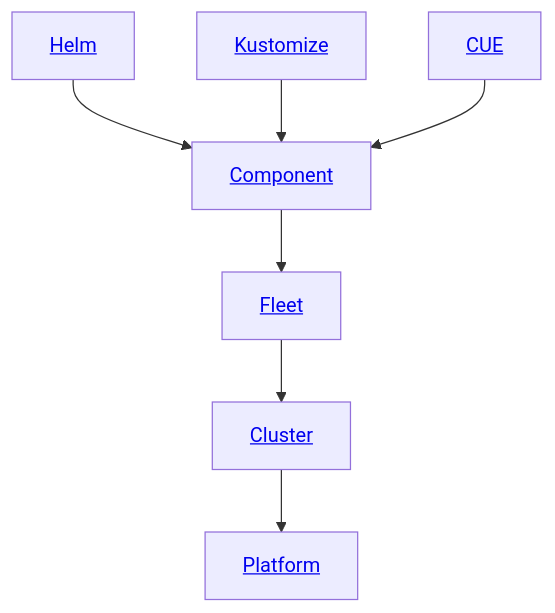
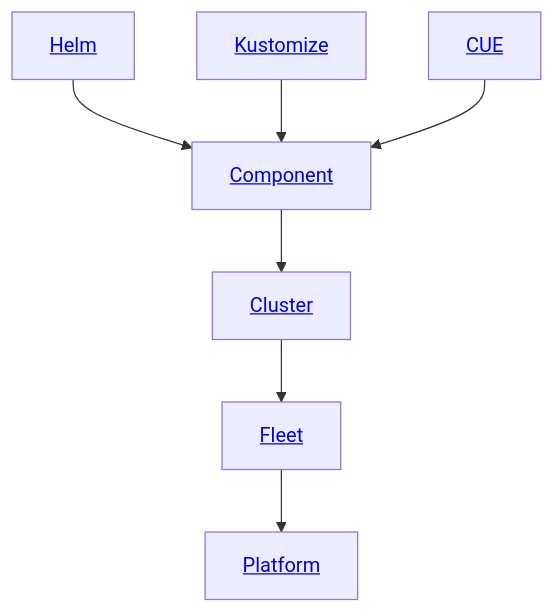
One commit to holos-run/holos changed the first of 2 diagrams in doc/md/start/concepts.md. Above: the diagram before and after it, drawn with Mermaid. The commit also changed 17 other files, not shown here.

````diff
--- a/doc/md/start/concepts.md
+++ b/doc/md/start/concepts.md
@@ -35,17 +35,17 @@
 ```mermaid
 graph TB
     Platform[<a href="#platform">Platform</a>]
     Cluster[<a href="#cluster">Cluster</a>]
     Fleet[<a href="#fleet">Fleet</a>]
     Component[<a href="#component">Component</a>]
     Helm[<a href="#component">Helm</a>]
     Kustomize[<a href="#component">Kustomize</a>]
     CUE[<a href="#component">CUE</a>]
 
-    Cluster --> Platform
-    Fleet --> Cluster
-    Component --> Fleet
+    Fleet --> Platform
+    Cluster --> Fleet
+    Component --> Cluster
     Helm --> Component
     Kustomize --> Component
     CUE --> Component
 ```
````
